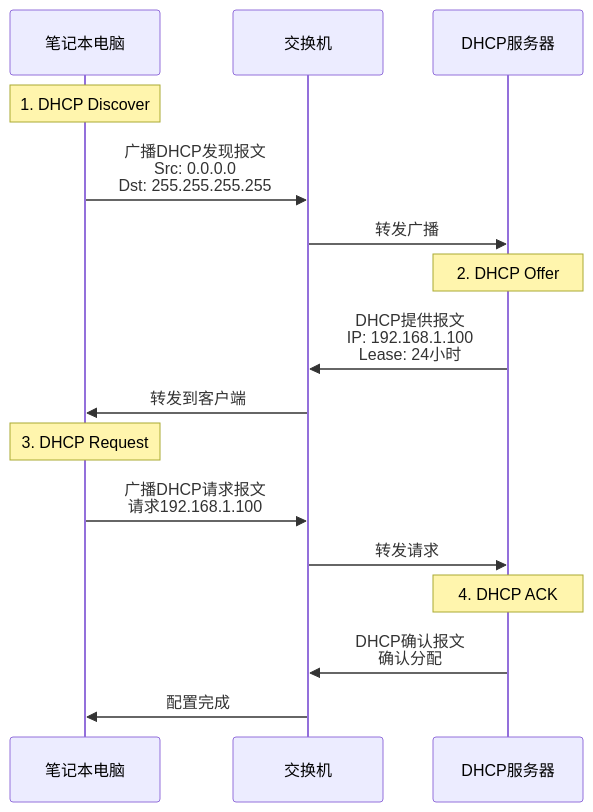
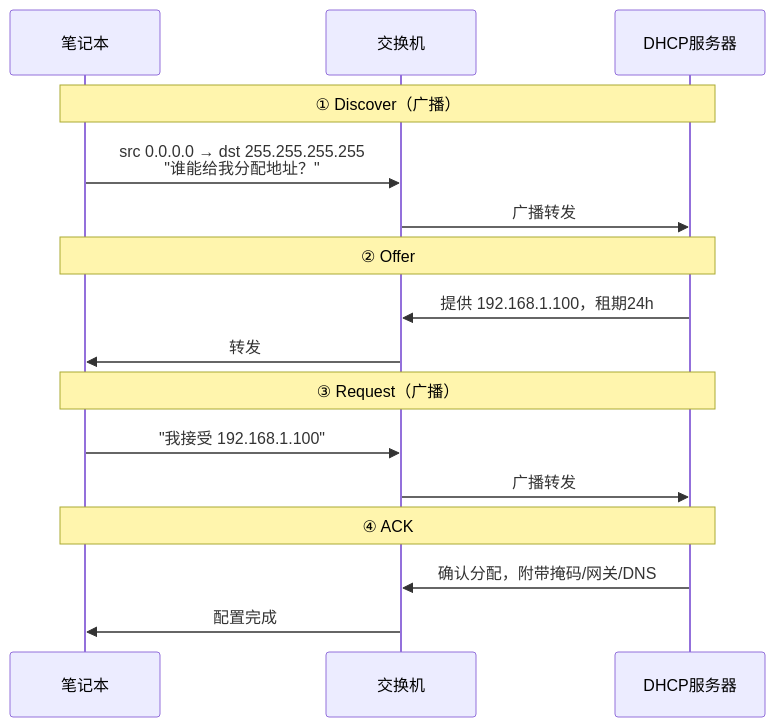
The second of 7 diagrams in 计算机网络/6.7链路层：Web请求历程.md (Dtheme/CS-base), drawn with Mermaid before and after one commit. The commit also changed other lines of this file and 51 other files, not shown here.

````diff
--- a/计算机网络/6.7链路层：Web请求历程.md
+++ b/计算机网络/6.7链路层：Web请求历程.md
@@ -81,22 +52,22 @@
 ```mermaid
 sequenceDiagram
-    participant Client as 笔记本电脑
+    participant Client as 笔记本
     participant Switch as 交换机
     participant DHCP as DHCP服务器
-    
-    Note over Client: 1. DHCP Discover
-    Client->>Switch: 广播DHCP发现报文<br/>Src: 0.0.0.0<br/>Dst: 255.255.255.255
-    Switch->>DHCP: 转发广播
-    
-    Note over DHCP: 2. DHCP Offer  
-    DHCP->>Switch: DHCP提供报文<br/>IP: 192.168.1.100<br/>Lease: 24小时
-    Switch->>Client: 转发到客户端
-    
-    Note over Client: 3. DHCP Request
-    Client->>Switch: 广播DHCP请求报文<br/>请求192.168.1.100
-    Switch->>DHCP: 转发请求
-    
-    Note over DHCP: 4. DHCP ACK
-    DHCP->>Switch: DHCP确认报文<br/>确认分配
+
+    Note over Client,DHCP: ① Discover（广播）
+    Client->>Switch: src 0.0.0.0 → dst 255.255.255.255<br/>"谁能给我分配地址？"
+    Switch->>DHCP: 广播转发
+
+    Note over Client,DHCP: ② Offer
+    DHCP->>Switch: 提供 192.168.1.100，租期24h
+    Switch->>Client: 转发
+
+    Note over Client,DHCP: ③ Request（广播）
+    Client->>Switch: "我接受 192.168.1.100"
+    Switch->>DHCP: 广播转发
+
+    Note over Client,DHCP: ④ ACK
+    DHCP->>Switch: 确认分配，附带掩码/网关/DNS
     Switch->>Client: 配置完成
 ```
````
